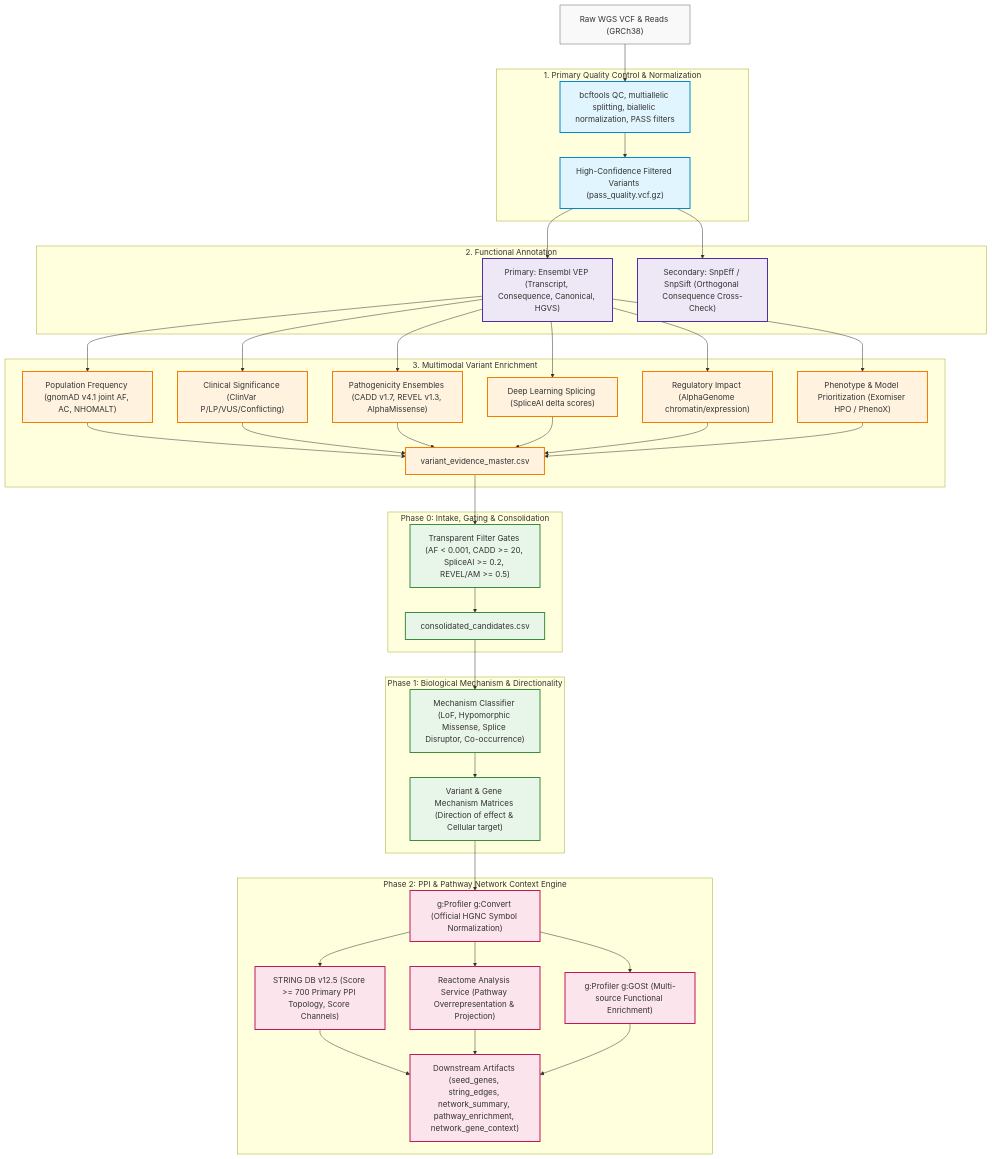
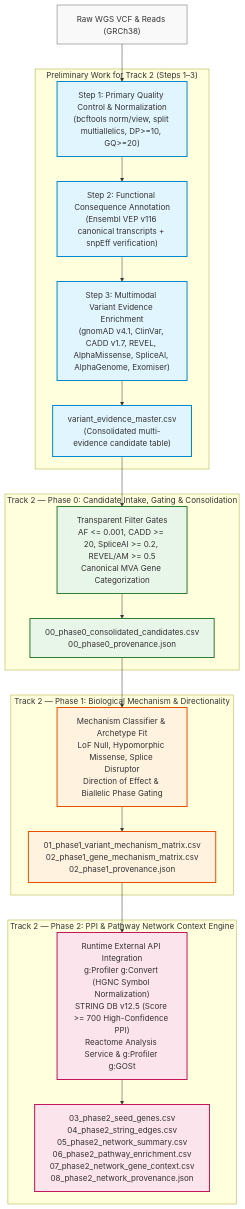
Before and after one commit to kaylaque/mva-hackathon: the first of 2 diagrams in docs/JOURNEY.md, drawn with Mermaid. The commit also changed other lines of this file and 11 other files, not shown here.

````diff
--- a/docs/JOURNEY.md
+++ b/docs/JOURNEY.md
@@ -16,57 +16,37 @@
 ```mermaid
 flowchart TD
     classDef rawNode fill:#f9f9f9,stroke:#666,stroke-width:1px;
-    classDef qcNode fill:#e1f5fe,stroke:#0288d1,stroke-width:2px;
-    classDef annoNode fill:#ede7f6,stroke:#512da8,stroke-width:2px;
-    classDef enrichNode fill:#fff3e0,stroke:#f57c00,stroke-width:2px;
-    classDef phaseNode fill:#e8f5e9,stroke:#388e3c,stroke-width:2px;
-    classDef netNode fill:#fce4ec,stroke:#c2185b,stroke-width:2px;
+    classDef prelimNode fill:#e1f5fe,stroke:#0288d1,stroke-width:2px;
+    classDef phase0Node fill:#e8f5e9,stroke:#2e7d32,stroke-width:2px;
+    classDef phase1Node fill:#fff3e0,stroke:#e65100,stroke-width:2px;
+    classDef phase2Node fill:#fce4ec,stroke:#c2185b,stroke-width:2px;
 
     RawWGS["Raw WGS VCF & Reads (GRCh38)"]:::rawNode
 
-    subgraph Upstream_Primary ["1. Primary Quality Control & Normalization"]
-        QC["bcftools QC, multiallelic splitting, biallelic normalization, PASS filters"]:::qcNode
-        FilteredVCF["High-Confidence Filtered Variants (pass_quality.vcf.gz)"]:::qcNode
+    subgraph Preliminary_Work ["Preliminary Work for Track 2 (Steps 1–3)"]
+        S1["Step 1: Primary Quality Control & Normalization<br/>(bcftools norm/view, split multiallelics, DP>=10, GQ>=20)"]:::prelimNode
+        S2["Step 2: Functional Consequence Annotation<br/>(Ensembl VEP v116 canonical transcripts + snpEff verification)"]:::prelimNode
+        S3["Step 3: Multimodal Variant Evidence Enrichment<br/>(gnomAD v4.1, ClinVar, CADD v1.7, REVEL, AlphaMissense, SpliceAI, AlphaGenome, Exomiser)"]:::prelimNode
+        MasterTbl["variant_evidence_master.csv<br/>(Consolidated multi-evidence candidate table)"]:::prelimNode
     end
 
-    subgraph Upstream_Annotation ["2. Functional Annotation"]
-        VEP["Primary: Ensembl VEP (Transcript, Consequence, Canonical, HGVS)"]:::annoNode
-        SnpEff["Secondary: SnpEff / SnpSift (Orthogonal Consequence Cross-Check)"]:::annoNode
+    subgraph Phase0_Section ["Track 2 — Phase 0: Candidate Intake, Gating & Consolidation"]
+        P0_Gate["Transparent Filter Gates<br/>AF <= 0.001, CADD >= 20, SpliceAI >= 0.2, REVEL/AM >= 0.5<br/>Canonical MVA Gene Categorization"]:::phase0Node
+        P0_Out["00_phase0_consolidated_candidates.csv<br/>00_phase0_provenance.json"]:::phase0Node
     end
 
-    subgraph Upstream_Enrichment ["3. Multimodal Variant Enrichment"]
-        PopFreq["Population Frequency (gnomAD v4.1 joint AF, AC, NHOMALT)"]:::enrichNode
-        ClinVar["Clinical Significance (ClinVar P/LP/VUS/Conflicting)"]:::enrichNode
-        InSilico["Pathogenicity Ensembles (CADD v1.7, REVEL v1.3, AlphaMissense)"]:::enrichNode
-        Splice["Deep Learning Splicing (SpliceAI delta scores)"]:::enrichNode
-        Regulatory["Regulatory Impact (AlphaGenome chromatin/expression)"]:::enrichNode
-        Pheno["Phenotype & Model Prioritization (Exomiser HPO / PhenoX)"]:::enrichNode
-        MasterTbl["variant_evidence_master.csv"]:::enrichNode
+    subgraph Phase1_Section ["Track 2 — Phase 1: Biological Mechanism & Directionality"]
+        P1_Engine["Mechanism Classifier & Archetype Fit<br/>LoF Null, Hypomorphic Missense, Splice Disruptor<br/>Direction of Effect & Biallelic Phase Gating"]:::phase1Node
+        P1_Out["01_phase1_variant_mechanism_matrix.csv<br/>02_phase1_gene_mechanism_matrix.csv<br/>02_phase1_provenance.json"]:::phase1Node
     end
 
-    subgraph Downstream_Phase0 ["Phase 0: Intake, Gating & Consolidation"]
-        Gates["Transparent Filter Gates (AF < 0.001, CADD >= 20, SpliceAI >= 0.2, REVEL/AM >= 0.5)"]:::phaseNode
-        Consolidated["consolidated_candidates.csv"]:::phaseNode
+    subgraph Phase2_Section ["Track 2 — Phase 2: PPI & Pathway Network Context Engine"]
+        P2_Engine["Runtime External API Integration<br/>g:Profiler g:Convert (HGNC Symbol Normalization)<br/>STRING DB v12.5 (Score >= 700 High-Confidence PPI)<br/>Reactome Analysis Service & g:Profiler g:GOSt"]:::phase2Node
+        P2_Out["03_phase2_seed_genes.csv<br/>04_phase2_string_edges.csv<br/>05_phase2_network_summary.csv<br/>06_phase2_pathway_enrichment.csv<br/>07_phase2_network_gene_context.csv<br/>08_phase2_network_provenance.json"]:::phase2Node
     end
 
-    subgraph Downstream_Phase1 ["Phase 1: Biological Mechanism & Directionality"]
-        MechEngine["Mechanism Classifier (LoF, Hypomorphic Missense, Splice Disruptor, Co-occurrence)"]:::phaseNode
-        DirMatrix["Variant & Gene Mechanism Matrices (Direction of effect & Cellular target)"]:::phaseNode
-    end
-
-    subgraph Downstream_Phase2 ["Phase 2: PPI & Pathway Network Context Engine"]
-        HGNC["g:Profiler g:Convert (Official HGNC Symbol Normalization)"]:::netNode
-        STRING["STRING DB v12.5 (Score >= 700 Primary PPI Topology, Score Channels)"]:::netNode
-        Reactome["Reactome Analysis Service (Pathway Overrepresentation & Projection)"]:::netNode
-        GProfiler["g:Profiler g:GOSt (Multi-source Functional Enrichment)"]:::netNode
-        ContextOutputs["Downstream Artifacts (seed_genes, string_edges, network_summary, pathway_enrichment, network_gene_context)"]:::netNode
-    end
-
-    RawWGS --> QC --> FilteredVCF
-    FilteredVCF --> VEP & SnpEff
-    VEP --> PopFreq & ClinVar & InSilico & Splice & Regulatory & Pheno
-    PopFreq & ClinVar & InSilico & Splice & Regulatory & Pheno --> MasterTbl
-    MasterTbl --> Gates --> Consolidated
-    Consolidated --> MechEngine --> DirMatrix
-    DirMatrix --> HGNC --> STRING & Reactome & GProfiler --> ContextOutputs
+    RawWGS --> S1 --> S2 --> S3 --> MasterTbl
+    MasterTbl --> P0_Gate --> P0_Out
+    P0_Out --> P1_Engine --> P1_Out
+    P1_Out --> P2_Engine --> P2_Out
 ```
````
